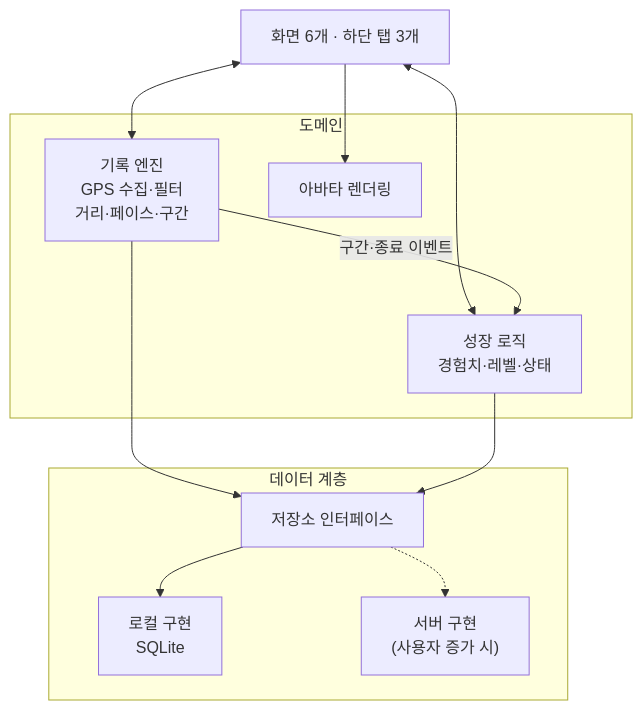
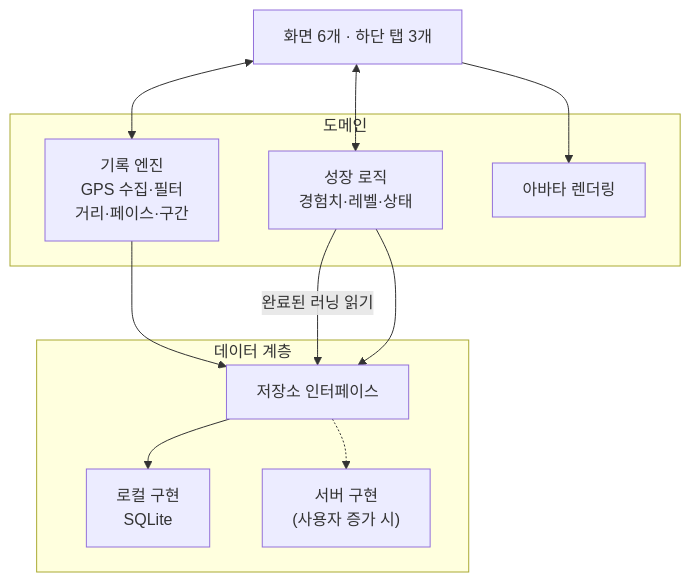
The diagram in docs/architecture.md (dhkim1522/runmagochi), drawn with Mermaid before and after one commit. The commit also changed other lines of this file and 10 other files, not shown here.

````diff
--- a/docs/architecture.md
+++ b/docs/architecture.md
@@ -22,22 +22,22 @@
 ```mermaid
 flowchart TB
     UI["화면 6개 · 하단 탭 3개"]
     subgraph Domain["도메인"]
         Engine["기록 엔진<br/>GPS 수집·필터<br/>거리·페이스·구간"]
         Growth["성장 로직<br/>경험치·레벨·상태"]
         Avatar["아바타 렌더링"]
     end
     subgraph Data["데이터 계층"]
         Repo["저장소 인터페이스"]
         Local["로컬 구현<br/>SQLite"]
         Remote["서버 구현<br/>(사용자 증가 시)"]
     end
     UI <--> Engine
     UI <--> Growth
     UI --> Avatar
-    Engine -- "구간·종료 이벤트" --> Growth
+    Growth -- "완료된 러닝 읽기" --> Repo
     Engine --> Repo
     Growth --> Repo
     Repo --> Local
     Repo -.-> Remote
 ```
````
